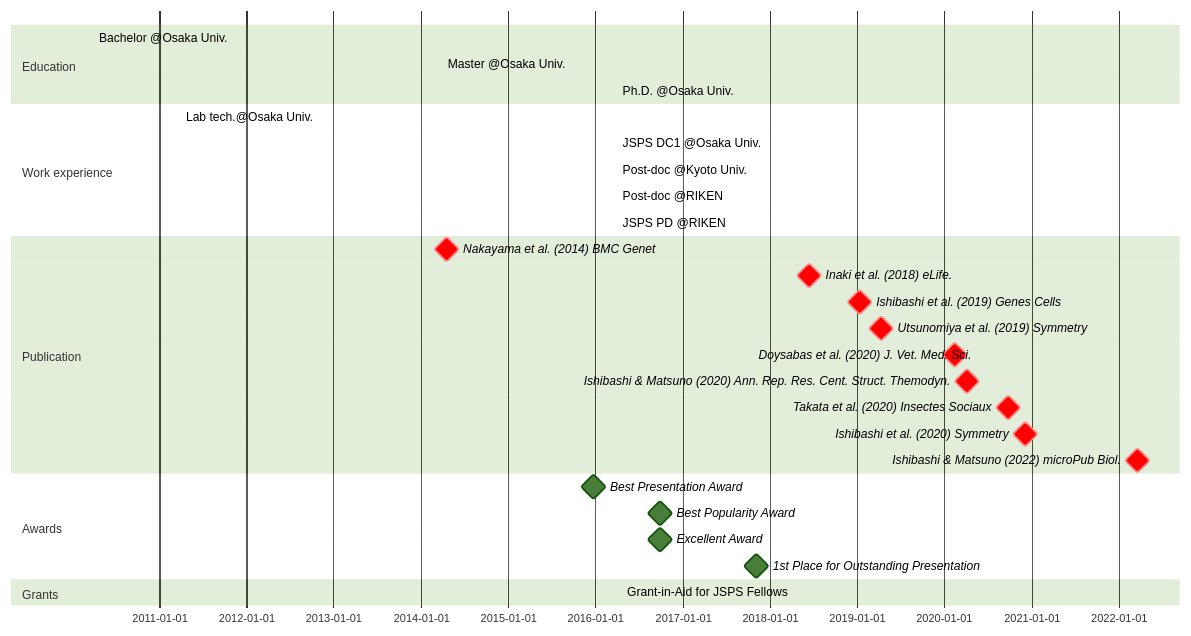
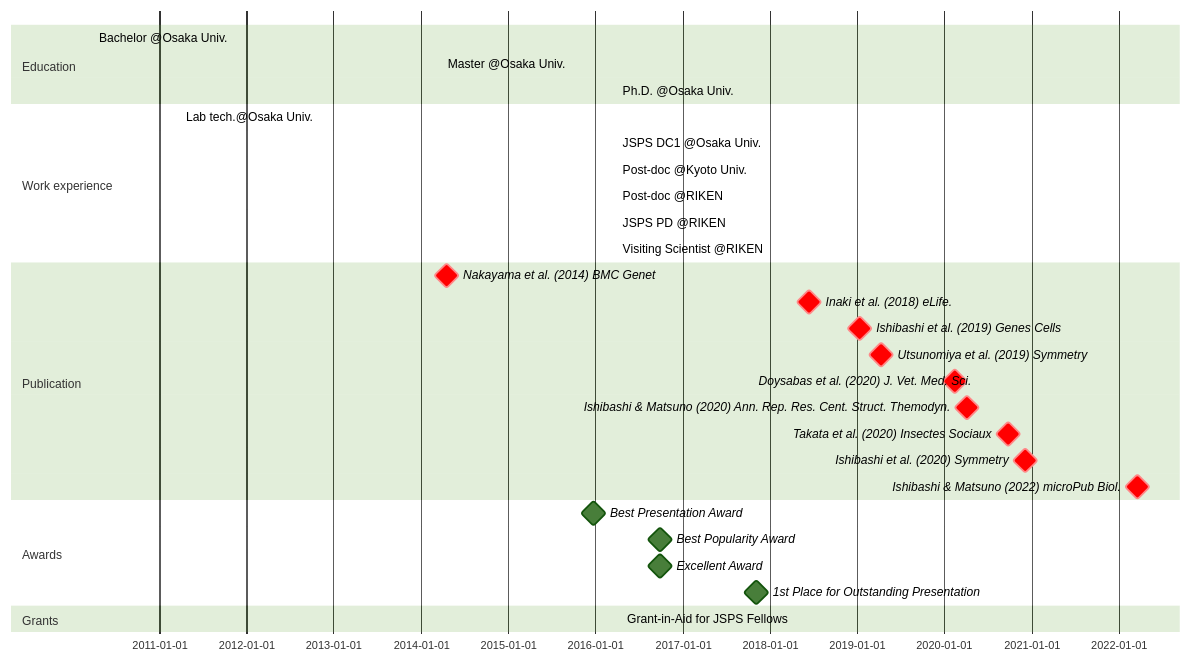
The diagram in _includes/mermaid-cv.md (ishibaki/ishibaki.github.io), drawn with Mermaid (forest theme) before and after one commit.

````diff
--- a/_includes/mermaid-cv.md
+++ b/_includes/mermaid-cv.md
@@ -1,30 +1,31 @@
 ```mermaid
 gantt
 section Education
   Bachelor @Osaka Univ. : BS, 2010-04-01, 2014-03-25
   Master @Osaka Univ.   : MS, 2014-04-01, 2016-03-28
   Ph.D. @Osaka Univ.    : Ph.D., 2016-04-01, 2019-03-25
 section Work experience
-  Lab tech.@Osaka Univ.  : done, OU-tech, 2011-04-01, 2012-03-31
-  JSPS DC1 @Osaka Univ.  : done, DC1, 2016-04-01, 2019-03-31
-  Post-doc @Kyoto Univ.  : done, KU-postdoc, after DC1, 2021-04-30
-  Post-doc @RIKEN        : done, RIKEN-postdoc, after KU-postdoc, 2022-03-31
-  JSPS PD @RIKEN         : active, PD, after RIKEN-postdoc, 2025-03-31
+  Lab tech.@Osaka Univ.     : done, OU-tech, 2011-04-01, 2012-03-31
+  JSPS DC1 @Osaka Univ.     : done, DC1, 2016-04-01, 2019-03-31
+  Post-doc @Kyoto Univ.     : done, KU-postdoc, after DC1, 2021-04-30
+  Post-doc @RIKEN           : done, RIKEN-postdoc, after KU-postdoc, 2022-03-31
+  JSPS PD @RIKEN            : active, PD, after RIKEN-postdoc, 2025-03-31
+  Visiting Scientist @RIKEN : active, PD, after RIKEN-postdoc, 2025-03-31
 section Publication
   Nakayama et al. (2014) BMC Genet          : crit, milestone, nakayama2014, 2014-04-16, 1w
   Inaki et al. (2018) eLife.                : crit, milestone, inaki2018, 2018-06-12, 1w
   Ishibashi et al. (2019) Genes Cells       : crit, milestone, ishibashi2019, 2019-01-09, 1w
   Utsunomiya et al. (2019) Symmetry         : crit, milestone, utsunomiya2019, 2019-04-08, 1w
   Doysabas et al. (2020) J. Vet. Med. Sci.  : crit, milestone, doysabas2020, 2020-02-12, 1w
   Ishibashi & Matsuno (2020) Ann. Rep. Res. Cent. Struct. Themodyn. : crit, milestone, ishibashi2020a, 2020-04-01, 1w
   Takata et al. (2020) Insectes Sociaux     : crit, milestone, takata2020, 2020-09-22, 1w
   Ishibashi et al. (2020) Symmetry          : crit, milestone, ishibashi2020b, 2020-12-02, 1w
   Ishibashi & Matsuno (2022) microPub Biol. : crit, milestone, ishibashi2022, 2022-03-18, 1w
 section Awards
   Best Presentation Award                :milestone, aw_1, 2015-12-20, 1w
   Best Popularity Award                  :milestone, aw_2, 2016-09-25, 1w
   Excellent Award                        :milestone, aw_3, 2016-09-25, 1w
   1st Place for Outstanding Presentation :milestone, aw_4, 2017-11-01, 1w
 section Grants
   Grant-in-Aid for JSPS Fellows : done, grant_DC1, 2016-04-22, 2019-03-31
 ```
````
